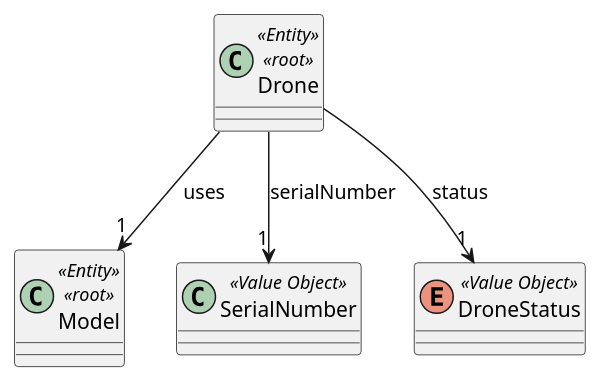
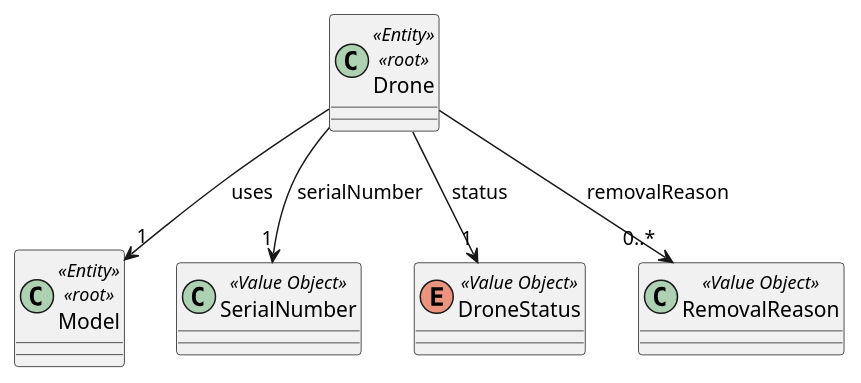
Before and after one commit to diogoveirospro/sem4pi-2024-2025-sem4pi_2024_2025_g44: the diagram in docs/SPRINT_2/US243/puml/domain_model_us243.puml, drawn with PlantUML. The commit also changed 20 other files, not shown here.

```diff
--- a/docs/SPRINT_2/US243/puml/domain_model_us243.puml
+++ b/docs/SPRINT_2/US243/puml/domain_model_us243.puml
@@ -1,21 +1,26 @@
 @startuml
 'https://plantuml.com/sequence-diagram
  class Model <<Entity>> <<root>>{
     }
 
 
   class Drone <<Entity>> <<root>>{
     }
 
     class SerialNumber <<Value Object>>{
     }
 
     enum DroneStatus <<Value Object>>{
     }
 
+
+     class RemovalReason <<Value Object>>{
+        }
+
     'Drone -> x
     Drone --> "1" DroneStatus: status
     Drone --> "1" SerialNumber: serialNumber
+    Drone --> "0..*" RemovalReason: removalReason
     Drone --> "1" Model: uses
 
 @enduml
```
